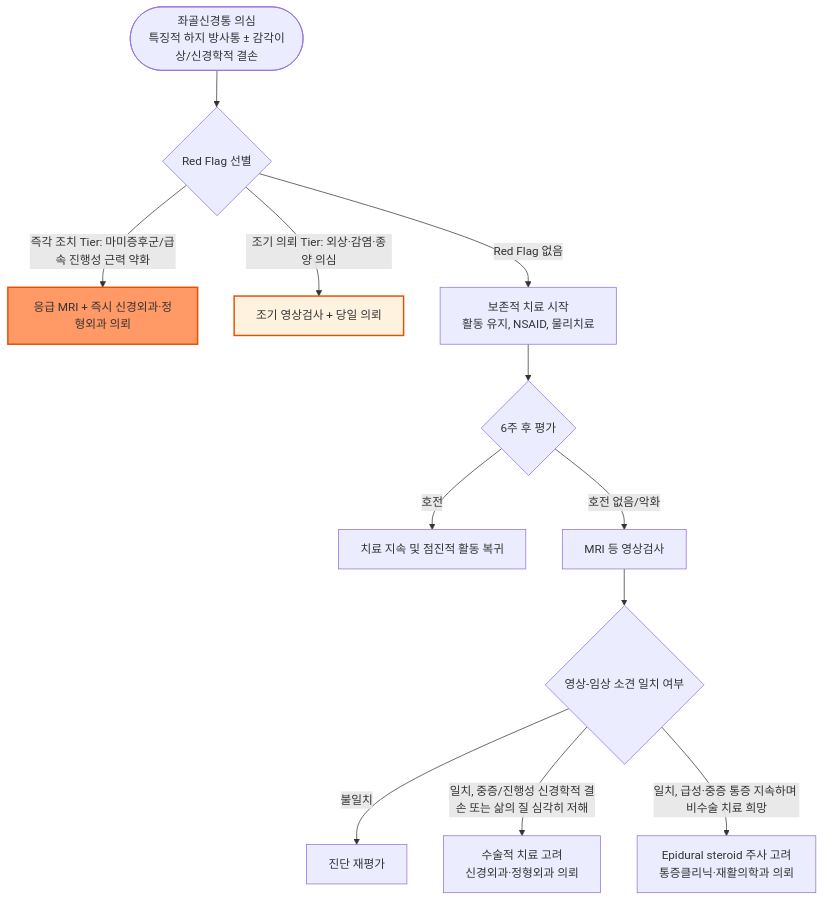
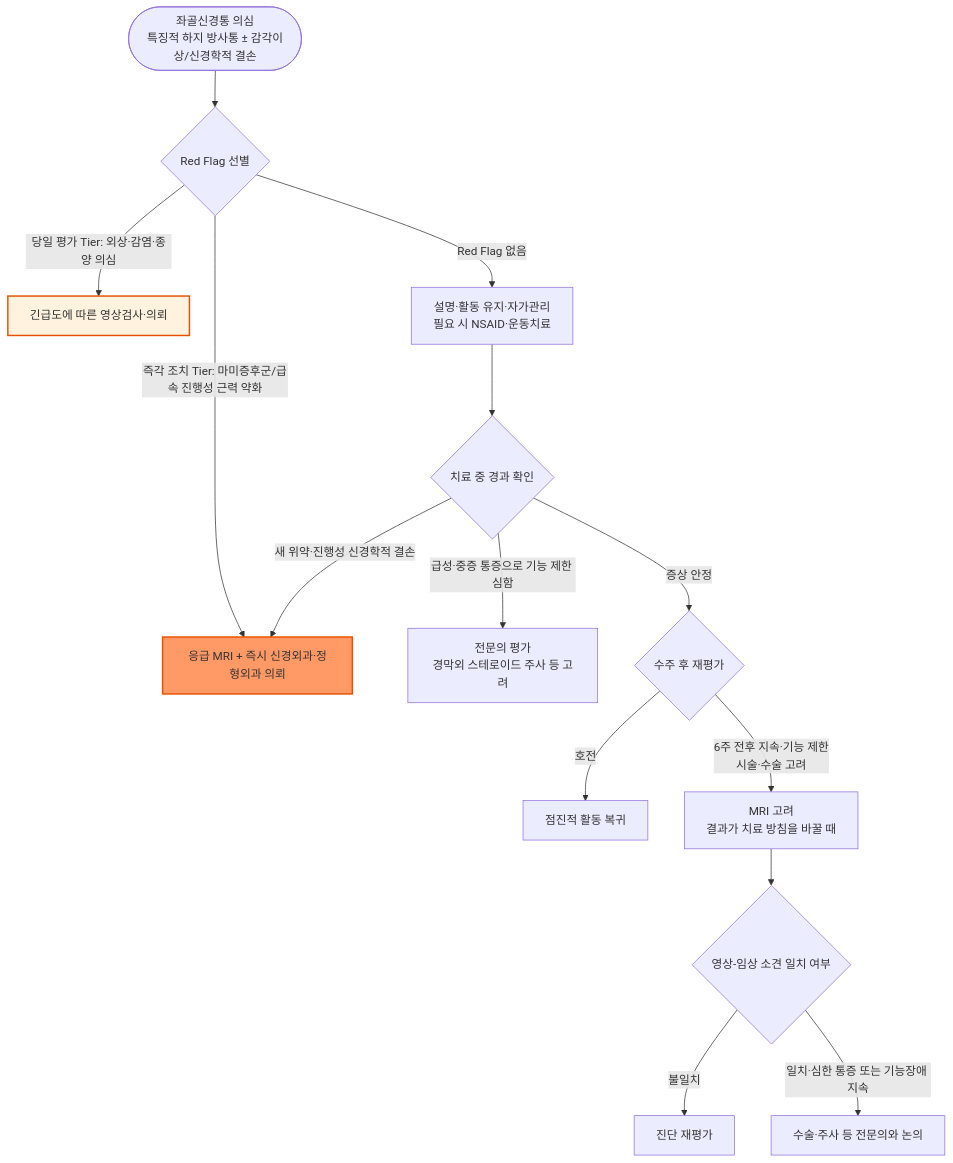
One commit to familyoh77/familyoh77 changed the diagram in 228_/138_-sciatica.md. Above: the diagram before and after it, drawn with Mermaid. The commit also changed other lines of this file and 4 other files, not shown here.

````diff
--- a/228_/138_-sciatica.md
+++ b/228_/138_-sciatica.md
@@ -98,16 +98,18 @@
 ```mermaid
 graph TD
     A([좌골신경통 의심<br/>특징적 하지 방사통 ± 감각이상/신경학적 결손]) --> B{Red Flag 선별}
     B -->|즉각 조치 Tier: 마미증후군/급속 진행성 근력 약화| C[응급 MRI + 즉시 신경외과·정형외과 의뢰]
-    B -->|조기 의뢰 Tier: 외상·감염·종양 의심| D[조기 영상검사 + 당일 의뢰]
-    B -->|Red Flag 없음| E[보존적 치료 시작<br/>활동 유지, NSAID, 물리치료]
-    E --> F{6주 후 평가}
-    F -->|호전| G[치료 지속 및 점진적 활동 복귀]
-    F -->|호전 없음/악화| H[MRI 등 영상검사]
+    B -->|당일 평가 Tier: 외상·감염·종양 의심| D[긴급도에 따른 영상검사·의뢰]
+    B -->|Red Flag 없음| E[설명·활동 유지·자가관리<br/>필요 시 NSAID·운동치료]
+    E --> F{치료 중 경과 확인}
+    F -->|새 위약·진행성 신경학적 결손| C
+    F -->|급성·중증 통증으로 기능 제한 심함| K[전문의 평가<br/>경막외 스테로이드 주사 등 고려]
+    F -->|증상 안정| G{수주 후 재평가}
+    G -->|호전| L[점진적 활동 복귀]
+    G -->|6주 전후 지속·기능 제한<br/>시술·수술 고려| H[MRI 고려<br/>결과가 치료 방침을 바꿀 때]
     H --> I{영상-임상 소견 일치 여부}
     I -->|불일치| M[진단 재평가]
-    I -->|일치, 중증/진행성 신경학적 결손 또는 삶의 질 심각히 저해| J[수술적 치료 고려<br/>신경외과·정형외과 의뢰]
-    I -->|일치, 급성·중증 통증 지속하며 비수술 치료 희망| K[Epidural steroid 주사 고려<br/>통증클리닉·재활의학과 의뢰]
+    I -->|일치·심한 통증 또는 기능장애 지속| J[수술·주사 등 전문의와 논의]
     style C fill:#f96,stroke:#e65100,stroke-width:2px
     style D fill:#fff3e0,stroke:#e65100,stroke-width:2px
 ```
````
